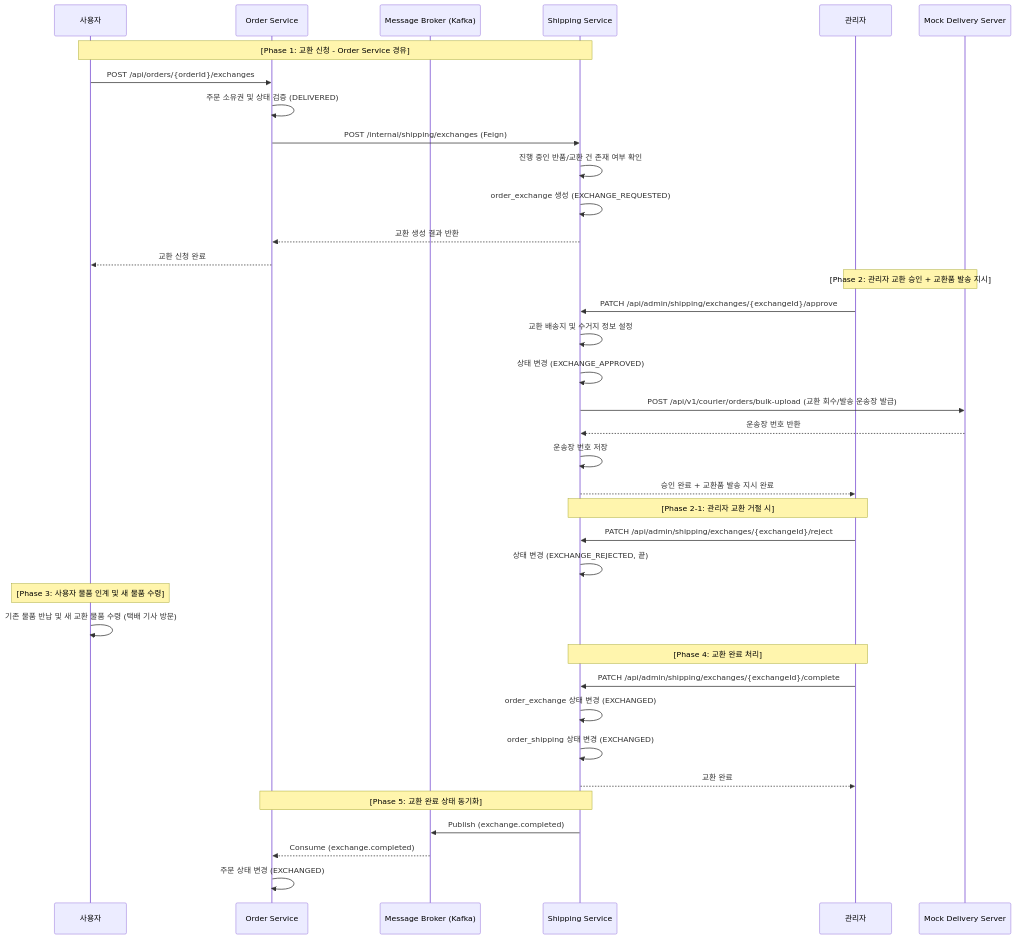
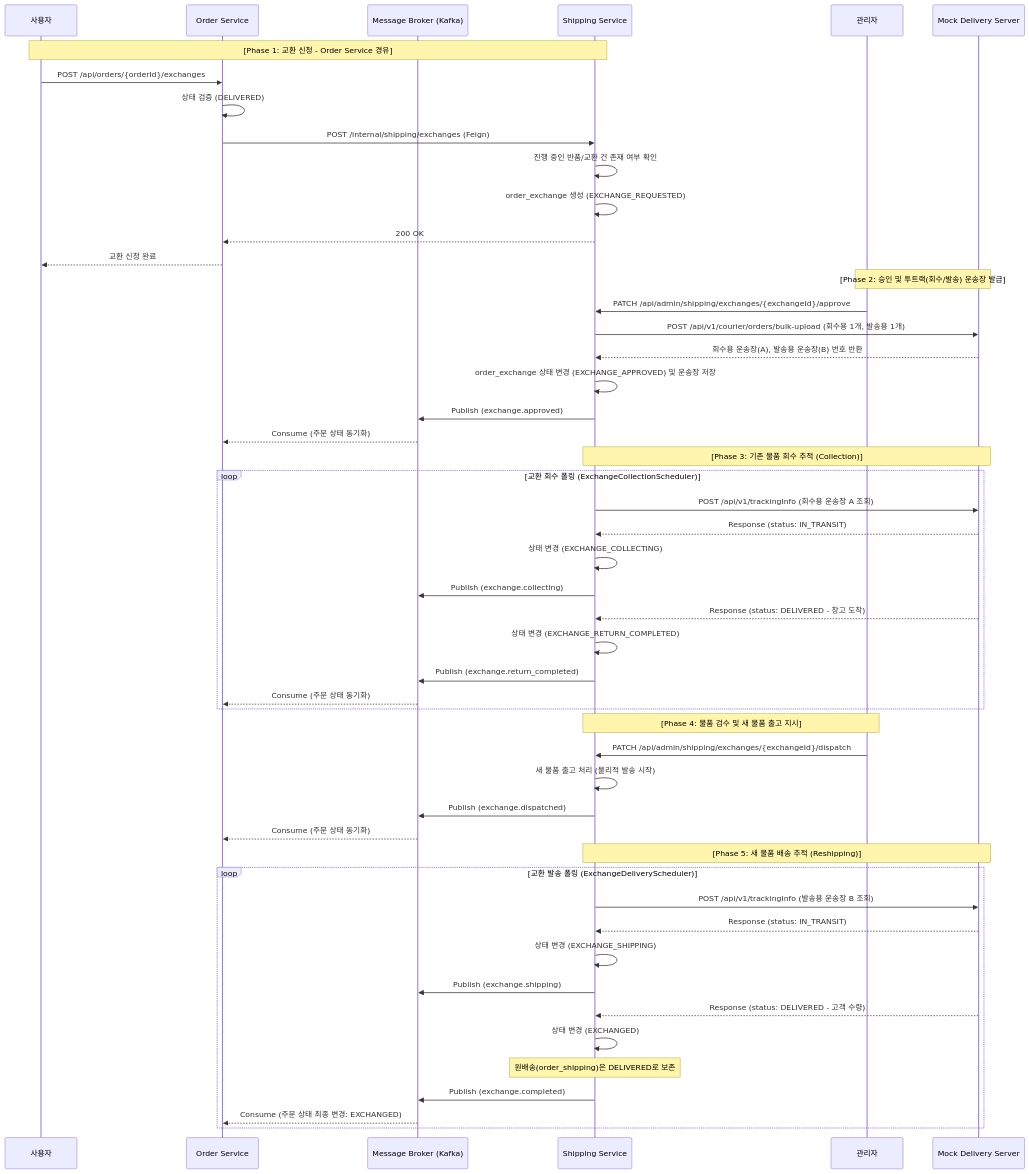
The fourth of 4 diagrams in service/shipping-service/README.md (gr1993/ecommerce-msa), drawn with Mermaid before and after one commit. The commit also changed other lines of this file and 1 other file, not shown here.

Commit message:
docs(shipping): 교환 배송 상태 추가

````diff
--- a/service/shipping-service/README.md
+++ b/service/shipping-service/README.md
@@ -228,45 +231,59 @@
 ```mermaid
 sequenceDiagram
     participant User as 사용자
     participant Order as Order Service
     participant Broker as Message Broker (Kafka)
     participant Ship as Shipping Service
     participant Admin as 관리자
     participant Mock as Mock Delivery Server
 
     Note over User, Ship: [Phase 1: 교환 신청 - Order Service 경유]
     User->>Order: POST /api/orders/{orderId}/exchanges
-    Order->>Order: 주문 소유권 및 상태 검증 (DELIVERED)
+    Order->>Order: 상태 검증 (DELIVERED)
     Order->>Ship: POST /internal/shipping/exchanges (Feign)
     Ship->>Ship: 진행 중인 반품/교환 건 존재 여부 확인
     Ship->>Ship: order_exchange 생성 (EXCHANGE_REQUESTED)
-    Ship-->>Order: 교환 생성 결과 반환
+    Ship-->>Order: 200 OK
     Order-->>User: 교환 신청 완료
 
-    Note over Admin, Mock: [Phase 2: 관리자 교환 승인 + 교환품 발송 지시]
+    Note over Admin, Mock: [Phase 2: 승인 및 투트랙(회수/발송) 운송장 발급]
     Admin->>Ship: PATCH /api/admin/shipping/exchanges/{exchangeId}/approve
-    Ship->>Ship: 교환 배송지 및 수거지 정보 설정
-    Ship->>Ship: 상태 변경 (EXCHANGE_APPROVED)
-    Ship->>Mock: POST /api/v1/courier/orders/bulk-upload (교환 회수/발송 운송장 발급)
-    Mock-->>Ship: 운송장 번호 반환
-    Ship->>Ship: 운송장 번호 저장
-    Ship-->>Admin: 승인 완료 + 교환품 발송 지시 완료
+    Ship->>Mock: POST /api/v1/courier/orders/bulk-upload (회수용 1개, 발송용 1개)
+    Mock-->>Ship: 회수용 운송장(A), 발송용 운송장(B) 번호 반환
+    Ship->>Ship: order_exchange 상태 변경 (EXCHANGE_APPROVED) 및 운송장 저장
+    Ship->>Broker: Publish (exchange.approved)
+    Broker-->>Order: Consume (주문 상태 동기화)
 
-    Note over Admin, Ship: [Phase 2-1: 관리자 교환 거절 시]
-    Admin->>Ship: PATCH /api/admin/shipping/exchanges/{exchangeId}/reject
-    Ship->>Ship: 상태 변경 (EXCHANGE_REJECTED, 끝)
+    Note over Ship, Mock: [Phase 3: 기존 물품 회수 추적 (Collection)]
+    loop 교환 회수 폴링 (ExchangeCollectionScheduler)
+        Ship->>Mock: POST /api/v1/trackingInfo (회수용 운송장 A 조회)
+        Mock-->>Ship: Response (status: IN_TRANSIT)
+        Ship->>Ship: 상태 변경 (EXCHANGE_COLLECTING)
+        Ship->>Broker: Publish (exchange.collecting)
+        
+        Mock-->>Ship: Response (status: DELIVERED - 창고 도착)
+        Ship->>Ship: 상태 변경 (EXCHANGE_RETURN_COMPLETED)
+        Ship->>Broker: Publish (exchange.return_completed)
+        Broker-->>Order: Consume (주문 상태 동기화)
+    end
 
-    Note over User: [Phase 3: 사용자 물품 인계 및 새 물품 수령]
-    User->>User: 기존 물품 반납 및 새 교환 물품 수령 (택배 기사 방문)
+    Note over Admin, Ship: [Phase 4: 물품 검수 및 새 물품 출고 지시]
+    Admin->>Ship: PATCH /api/admin/shipping/exchanges/{exchangeId}/dispatch
+    Ship->>Ship: 새 물품 출고 처리 (물리적 발송 시작)
+    Ship->>Broker: Publish (exchange.dispatched)
+    Broker-->>Order: Consume (주문 상태 동기화)
 
-    Note over Admin, Ship: [Phase 4: 교환 완료 처리]
-    Admin->>Ship: PATCH /api/admin/shipping/exchanges/{exchangeId}/complete
-    Ship->>Ship: order_exchange 상태 변경 (EXCHANGED)
-    Ship->>Ship: order_shipping 상태 변경 (EXCHANGED)
-    Ship-->>Admin: 교환 완료
-
-    Note over Ship, Order: [Phase 5: 교환 완료 상태 동기화]
-    Ship->>Broker: Publish (exchange.completed)
-    Broker-->>Order: Consume (exchange.completed)
-    Order->>Order: 주문 상태 변경 (EXCHANGED)
+    Note over Ship, Mock: [Phase 5: 새 물품 배송 추적 (Reshipping)]
+    loop 교환 발송 폴링 (ExchangeDeliveryScheduler)
+        Ship->>Mock: POST /api/v1/trackingInfo (발송용 운송장 B 조회)
+        Mock-->>Ship: Response (status: IN_TRANSIT)
+        Ship->>Ship: 상태 변경 (EXCHANGE_SHIPPING)
+        Ship->>Broker: Publish (exchange.shipping)
+        
+        Mock-->>Ship: Response (status: DELIVERED - 고객 수령)
+        Ship->>Ship: 상태 변경 (EXCHANGED)
+        Note over Ship: 원배송(order_shipping)은 DELIVERED로 보존
+        Ship->>Broker: Publish (exchange.completed)
+        Broker-->>Order: Consume (주문 상태 최종 변경: EXCHANGED)
+    end
 ```
````
